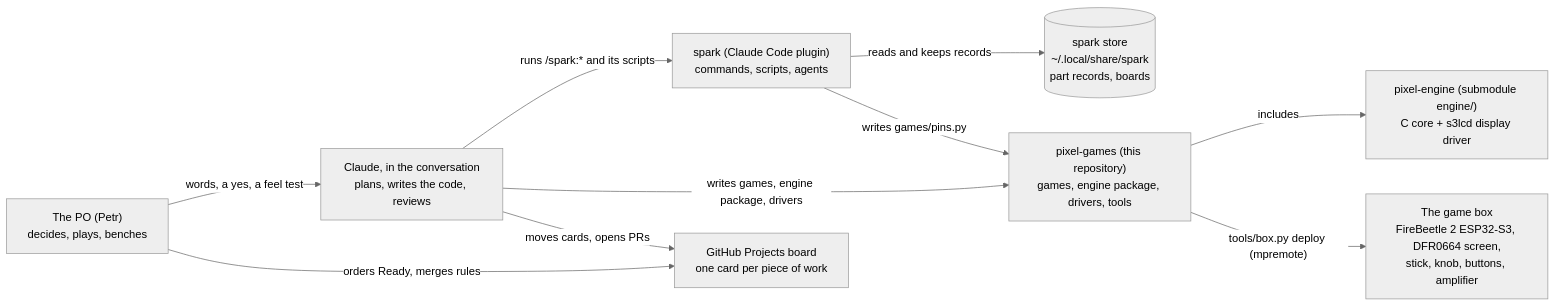
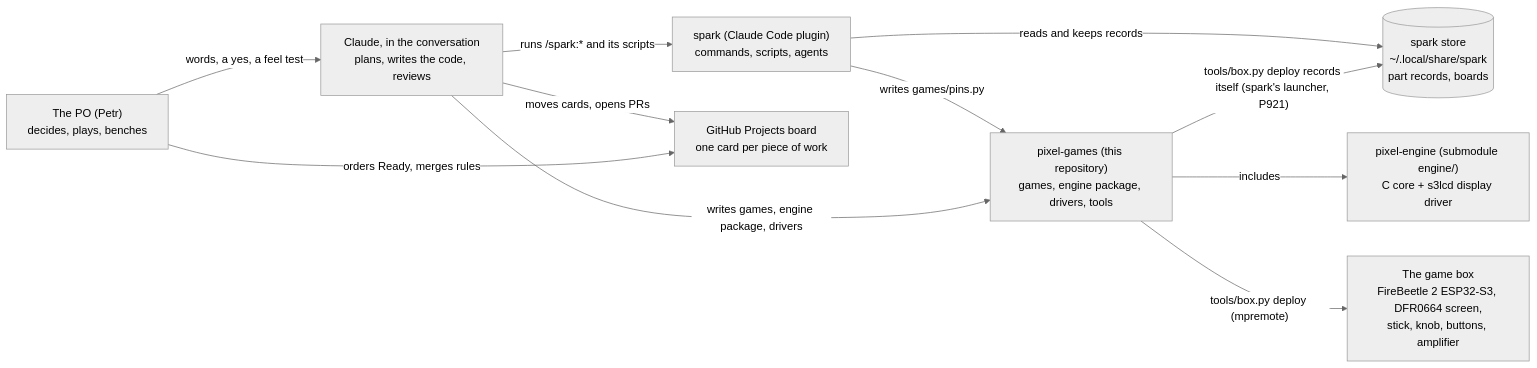
Before and after one commit to xmejkal/pixel-games: the first of 5 diagrams in docs/overview.md, drawn with Mermaid (neutral theme). The commit also changed other lines of this file and 4 other files, not shown here.

````diff
--- a/docs/overview.md
+++ b/docs/overview.md
@@ -19,20 +19,21 @@
 ```mermaid
 flowchart LR
     PO["The PO (Petr)<br/>decides, plays, benches"]
     C["Claude, in the conversation<br/>plans, writes the code, reviews"]
     S["spark (Claude Code plugin)<br/>commands, scripts, agents"]
     ST[("spark store<br/>~/.local/share/spark<br/>part records, boards")]
     PG["pixel-games (this repository)<br/>games, engine package, drivers, tools"]
     EN["pixel-engine (submodule engine/)<br/>C core + s3lcd display driver"]
     BOX["The game box<br/>FireBeetle 2 ESP32-S3, DFR0664 screen,<br/>stick, knob, buttons, amplifier"]
     GH["GitHub Projects board<br/>one card per piece of work"]
     PO -- "words, a yes, a feel test" --> C
     C -- "runs /spark:* and its scripts" --> S
     S -- "reads and keeps records" --> ST
     S -- "writes games/pins.py" --> PG
     C -- "writes games, engine package, drivers" --> PG
     PG -- "includes" --> EN
     PG -- "tools/box.py deploy (mpremote)" --> BOX
+    PG -- "tools/box.py deploy records itself (spark's launcher, P921)" --> ST
     C -- "moves cards, opens PRs" --> GH
     PO -- "orders Ready, merges rules" --> GH
 ```
````
